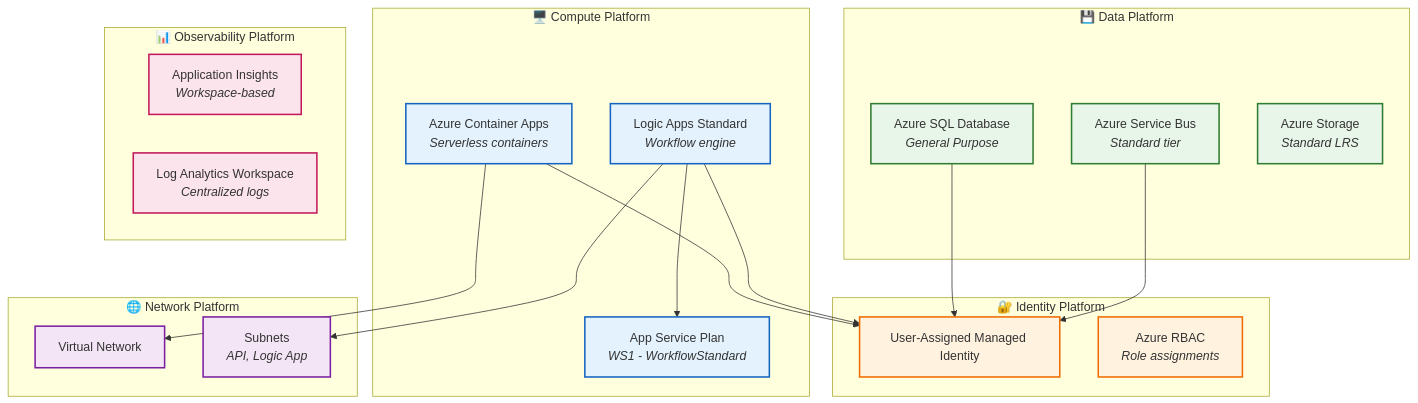
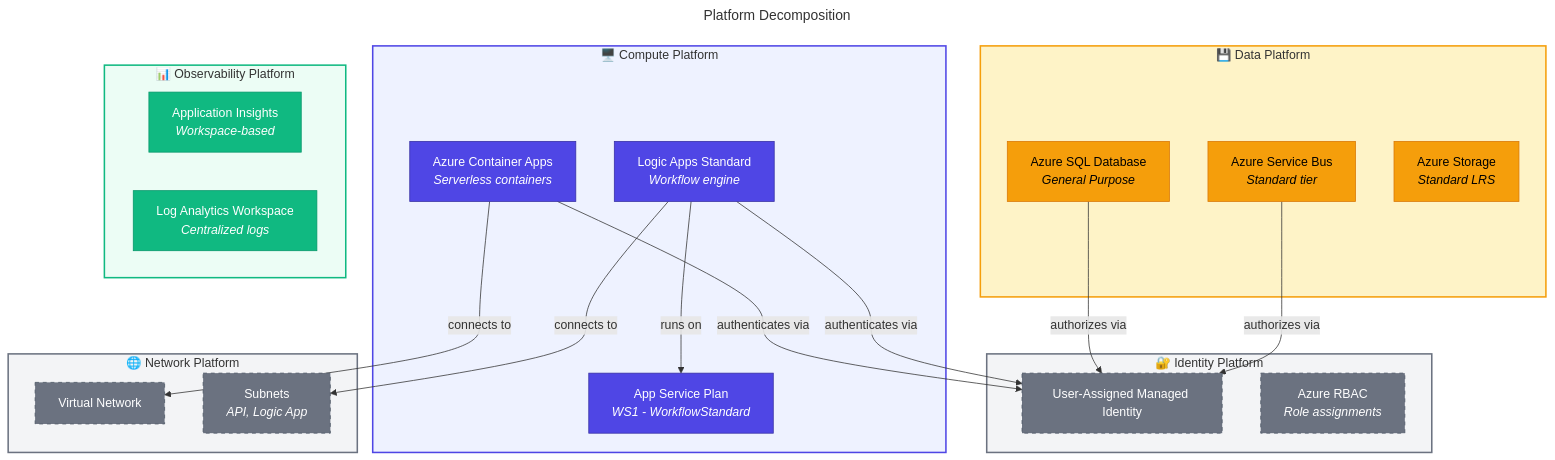
Before and after one commit to Evilazaro/Azure-LogicApps-Monitoring: the first of 2 diagrams in docs/architecture/04-technology-architecture.md, drawn with Mermaid. The commit also changed other lines of this file, not shown here.

Commit message:
feat: Update technology architecture diagrams with enhanced platform decomposition and resource topology

````diff
--- a/docs/architecture/04-technology-architecture.md
+++ b/docs/architecture/04-technology-architecture.md
@@ -36,49 +36,66 @@
 ```mermaid
+---
+title: Platform Decomposition
+---
 flowchart TB
+    %% ===== COMPUTE PLATFORM =====
     subgraph Compute["🖥️ Compute Platform"]
         ACA["Azure Container Apps<br/><i>Serverless containers</i>"]
         LA["Logic Apps Standard<br/><i>Workflow engine</i>"]
         ASP["App Service Plan<br/><i>WS1 - WorkflowStandard</i>"]
     end
 
+    %% ===== DATA PLATFORM =====
     subgraph Data["💾 Data Platform"]
         SQL["Azure SQL Database<br/><i>General Purpose</i>"]
         SB["Azure Service Bus<br/><i>Standard tier</i>"]
         Storage["Azure Storage<br/><i>Standard LRS</i>"]
     end
 
+    %% ===== OBSERVABILITY PLATFORM =====
     subgraph Observability["📊 Observability Platform"]
         AI["Application Insights<br/><i>Workspace-based</i>"]
         LAW["Log Analytics Workspace<br/><i>Centralized logs</i>"]
     end
 
+    %% ===== IDENTITY PLATFORM =====
     subgraph Identity["🔐 Identity Platform"]
         MI["User-Assigned Managed Identity"]
         RBAC["Azure RBAC<br/><i>Role assignments</i>"]
     end
 
+    %% ===== NETWORK PLATFORM =====
     subgraph Network["🌐 Network Platform"]
         VNet["Virtual Network"]
         Subnets["Subnets<br/><i>API, Logic App</i>"]
     end
 
-    ACA --> MI
-    LA --> ASP
-    LA --> MI
-    SQL --> MI
-    SB --> MI
-    ACA --> VNet
-    LA --> Subnets
+    %% ===== CONNECTIONS =====
+    ACA -->|"authenticates via"| MI
+    LA -->|"runs on"| ASP
+    LA -->|"authenticates via"| MI
+    SQL -->|"authorizes via"| MI
+    SB -->|"authorizes via"| MI
+    ACA -->|"connects to"| VNet
+    LA -->|"connects to"| Subnets
 
-    classDef compute fill:#e3f2fd,stroke:#1565c0,stroke-width:2px
-    classDef data fill:#e8f5e9,stroke:#2e7d32,stroke-width:2px
-    classDef observability fill:#fce4ec,stroke:#c2185b,stroke-width:2px
-    classDef identity fill:#fff3e0,stroke:#ef6c00,stroke-width:2px
-    classDef network fill:#f3e5f5,stroke:#7b1fa2,stroke-width:2px
+    %% ===== STYLES - NODE CLASSES =====
+    classDef primary fill:#4F46E5,stroke:#3730A3,color:#FFFFFF
+    classDef datastore fill:#F59E0B,stroke:#D97706,color:#000000
+    classDef secondary fill:#10B981,stroke:#059669,color:#FFFFFF
+    classDef external fill:#6B7280,stroke:#4B5563,color:#FFFFFF,stroke-dasharray:5 5
 
-    class ACA,LA,ASP compute
-    class SQL,SB,Storage data
-    class AI,LAW observability
-    class MI,RBAC identity
-    class VNet,Subnets network
+    %% ===== CLASS ASSIGNMENTS =====
+    class ACA,LA,ASP primary
+    class SQL,SB,Storage datastore
+    class AI,LAW secondary
+    class MI,RBAC external
+    class VNet,Subnets external
+
+    %% ===== SUBGRAPH STYLES =====
+    style Compute fill:#EEF2FF,stroke:#4F46E5,stroke-width:2px
+    style Data fill:#FEF3C7,stroke:#F59E0B,stroke-width:2px
+    style Observability fill:#ECFDF5,stroke:#10B981,stroke-width:2px
+    style Identity fill:#F3F4F6,stroke:#6B7280,stroke-width:2px
+    style Network fill:#F3F4F6,stroke:#6B7280,stroke-width:2px
 ```
````
